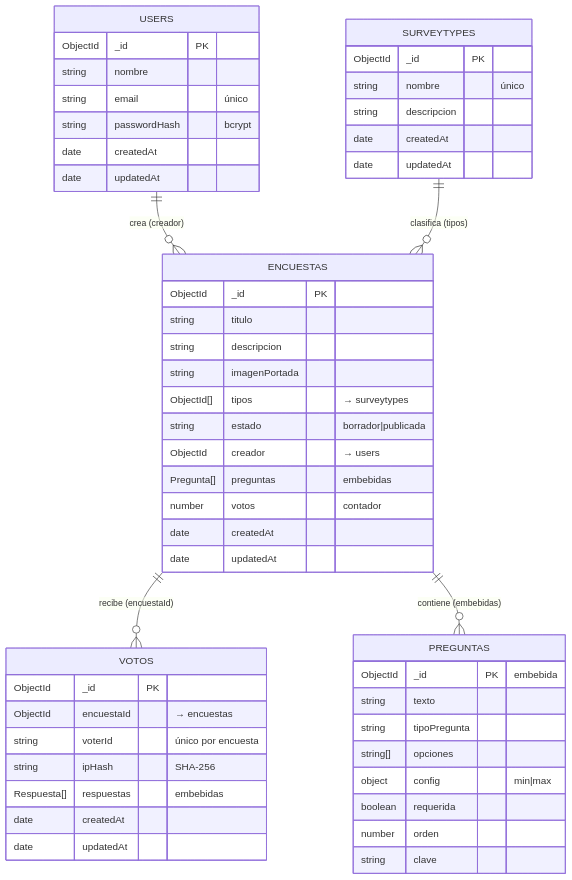
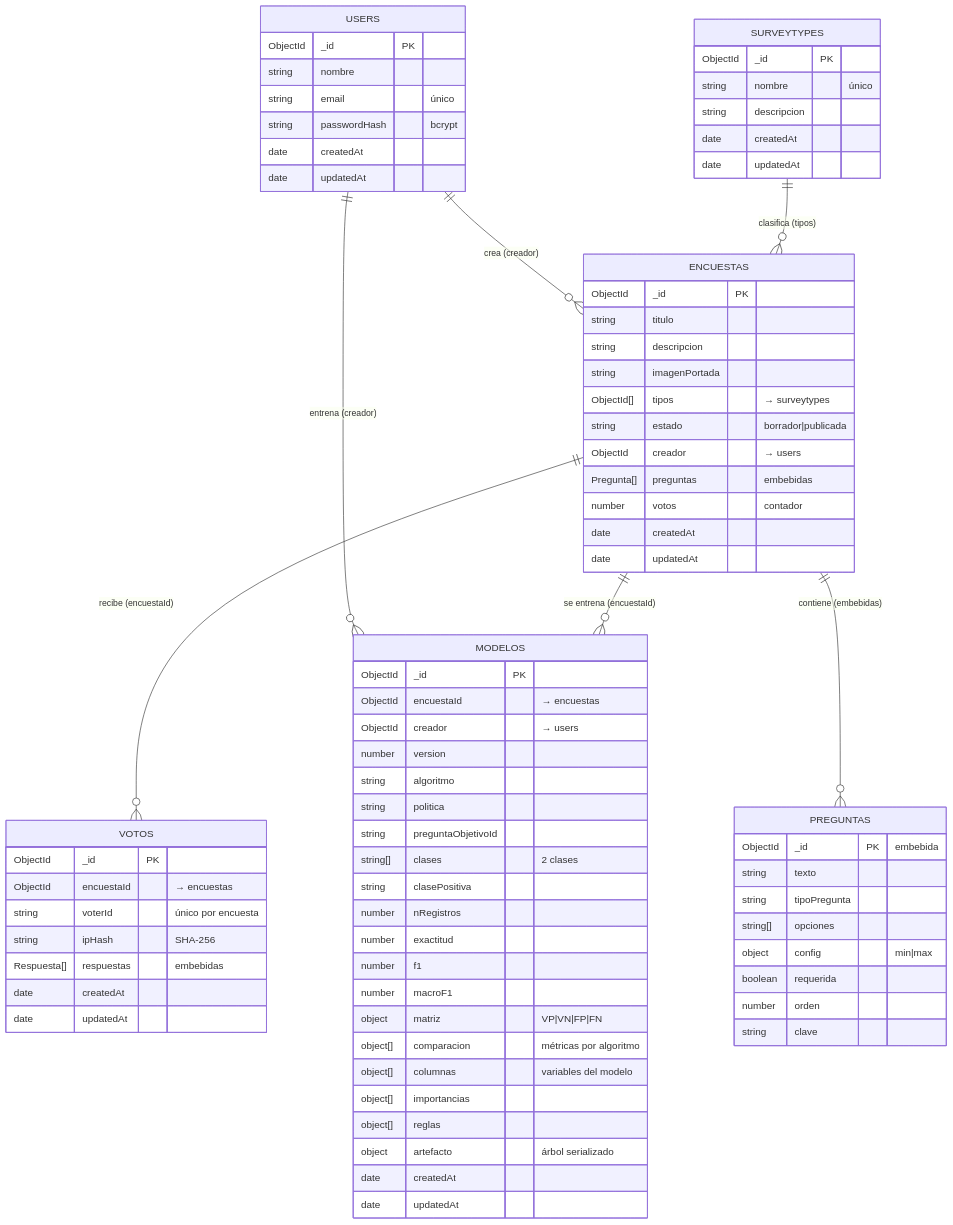
One commit to ronyvhell/Encuestas-y-Votaciones-PA changed the diagram in docs/diagrama-base-de-datos.md. Above: the diagram before and after it, drawn with Mermaid. The commit also changed other lines of this file and 45 other files, not shown here.

````diff
--- a/docs/diagrama-base-de-datos.md
+++ b/docs/diagrama-base-de-datos.md
@@ -9,55 +9,80 @@
 ```mermaid
 erDiagram
     USERS ||--o{ ENCUESTAS : "crea (creador)"
+    USERS ||--o{ MODELOS : "entrena (creador)"
     SURVEYTYPES ||--o{ ENCUESTAS : "clasifica (tipos)"
     ENCUESTAS ||--o{ VOTOS : "recibe (encuestaId)"
+    ENCUESTAS ||--o{ MODELOS : "se entrena (encuestaId)"
     ENCUESTAS ||--o{ PREGUNTAS : "contiene (embebidas)"
 
     USERS {
         ObjectId _id PK
         string nombre
         string email "único"
         string passwordHash "bcrypt"
         date createdAt
         date updatedAt
     }
     SURVEYTYPES {
         ObjectId _id PK
         string nombre "único"
         string descripcion
         date createdAt
         date updatedAt
     }
     ENCUESTAS {
         ObjectId _id PK
         string titulo
         string descripcion
         string imagenPortada
         ObjectId[] tipos "→ surveytypes"
         string estado "borrador|publicada"
         ObjectId creador "→ users"
         Pregunta[] preguntas "embebidas"
         number votos "contador"
         date createdAt
         date updatedAt
     }
     PREGUNTAS {
         ObjectId _id PK "embebida"
         string texto
         string tipoPregunta
         string[] opciones
         object config "min|max"
         boolean requerida
         number orden
         string clave
     }
     VOTOS {
         ObjectId _id PK
         ObjectId encuestaId "→ encuestas"
         string voterId "único por encuesta"
         string ipHash "SHA-256"
         Respuesta[] respuestas "embebidas"
         date createdAt
         date updatedAt
     }
+    MODELOS {
+        ObjectId _id PK
+        ObjectId encuestaId "→ encuestas"
+        ObjectId creador "→ users"
+        number version
+        string algoritmo
+        string politica
+        string preguntaObjetivoId
+        string[] clases "2 clases"
+        string clasePositiva
+        number nRegistros
+        number exactitud
+        number f1
+        number macroF1
+        object matriz "VP|VN|FP|FN"
+        object[] comparacion "métricas por algoritmo"
+        object[] columnas "variables del modelo"
+        object[] importancias
+        object[] reglas
+        object artefacto "árbol serializado"
+        date createdAt
+        date updatedAt
+    }
 ```
````
